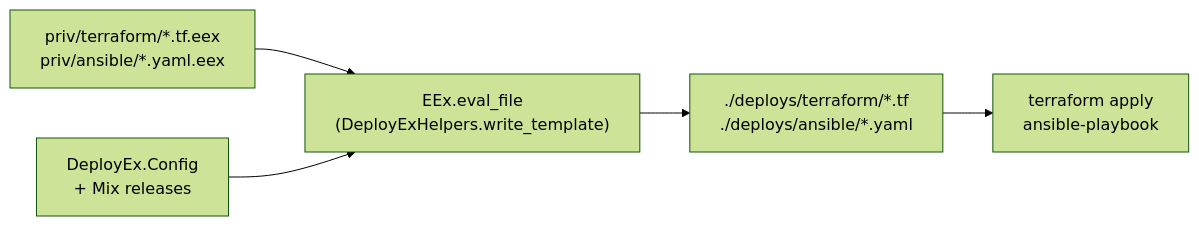
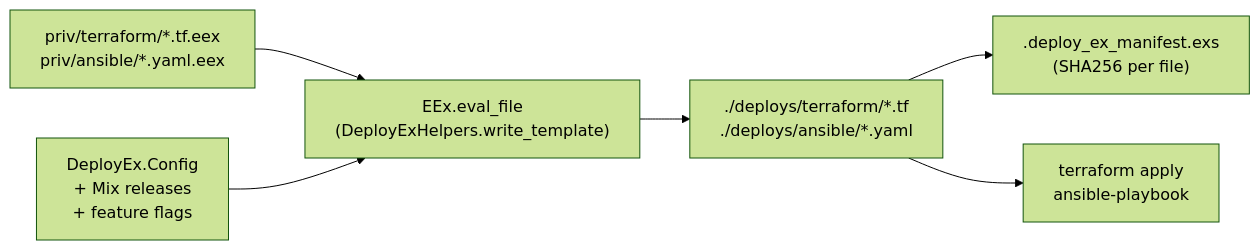
One commit to MikaAK/deploy_ex changed the third of 8 diagrams in guides/explanation/architecture.md. Above: the diagram before and after it, drawn with Mermaid (forest theme). The commit also changed other lines of this file and 19 other files, not shown here.

````diff
--- a/guides/explanation/architecture.md
+++ b/guides/explanation/architecture.md
@@ -95,13 +116,15 @@
 ```mermaid
 flowchart LR
-    Templates["priv/terraform/*.tf.eex\npriv/ansible/*.yaml.eex"]
-    Config["DeployEx.Config\n+ Mix releases"]
-    EEx["EEx.eval_file\n(DeployExHelpers.write_template)"]
-    Output["./deploys/terraform/*.tf\n./deploys/ansible/*.yaml"]
-    CLI["terraform apply\nansible-playbook"]
+    Templates["priv/terraform/*.tf.eex<br/>priv/ansible/*.yaml.eex"]
+    Vars["DeployEx.Config<br/>+ Mix releases<br/>+ feature flags"]
+    EEx["EEx.eval_file<br/>(DeployExHelpers.write_template)"]
+    Output["./deploys/terraform/*.tf<br/>./deploys/ansible/*.yaml"]
+    Manifest[".deploy_ex_manifest.exs<br/>(SHA256 per file)"]
+    CLI["terraform apply<br/>ansible-playbook"]
 
     Templates --> EEx
-    Config --> EEx
+    Vars --> EEx
     EEx --> Output
+    Output --> Manifest
     Output --> CLI
 ```
````
